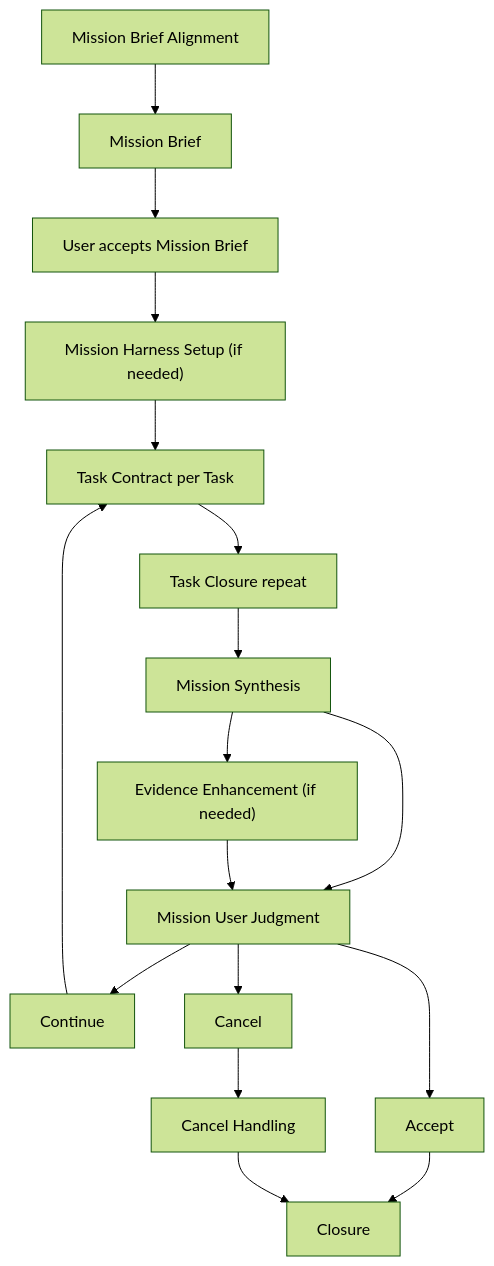
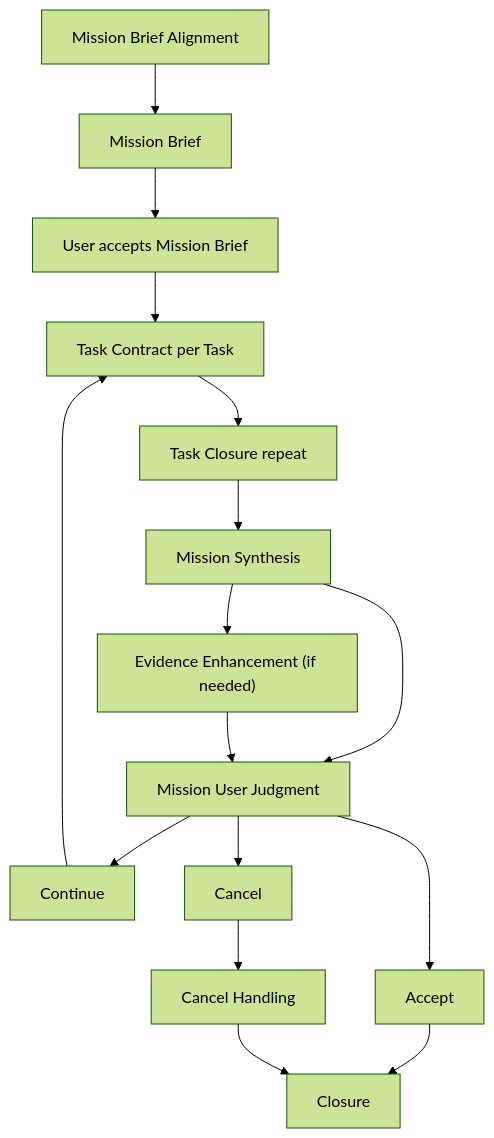
One commit to choam2426/Geas changed the diagram in docs/workflow/mission.md. Above: the diagram before and after it, drawn with Mermaid (forest theme). The commit also changed other lines of this file and 6 other files, not shown here.

````diff
--- a/docs/workflow/mission.md
+++ b/docs/workflow/mission.md
@@ -17,22 +17,21 @@
 ```mermaid
 flowchart TD
   align["Mission Brief Alignment"] --> brief["Mission Brief"]
   brief --> briefAccept["User accepts Mission Brief"]
-  briefAccept --> harness["Mission Harness Setup (if needed)"]
-  harness --> taskLoop["Task Contract per Task"]
+  briefAccept --> taskLoop["Task Contract per Task"]
   taskLoop --> taskRepeat["Task Closure repeat"]
   taskRepeat --> synthesis["Mission Synthesis"]
   synthesis --> missionJudgment["Mission User Judgment"]
   synthesis --> evidenceEnhance["Evidence Enhancement (if needed)"]
   evidenceEnhance --> missionJudgment
 
   missionJudgment --> accept["Accept"]
   accept --> closure["Closure"]
 
   missionJudgment --> continue["Continue"]
   continue --> taskLoop
 
   missionJudgment --> cancel["Cancel"]
   cancel --> cancelHandling["Cancel Handling"]
   cancelHandling --> closure
 ```
````
